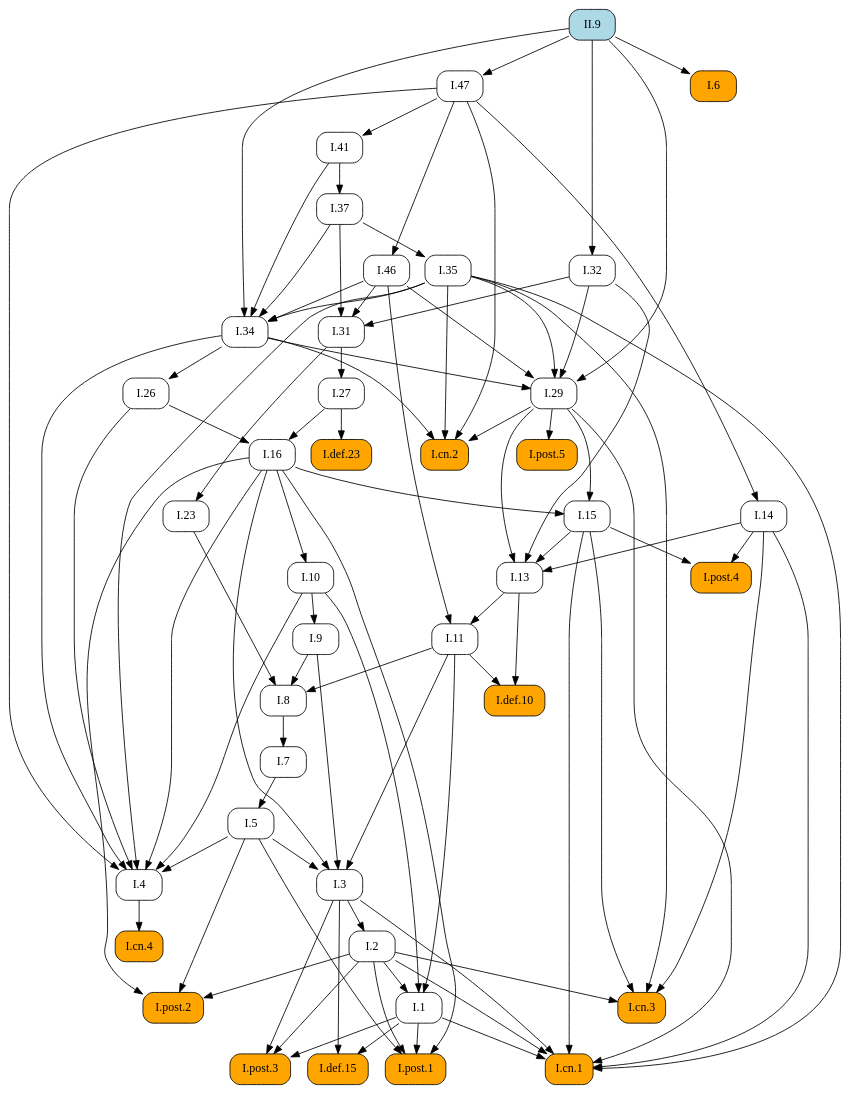
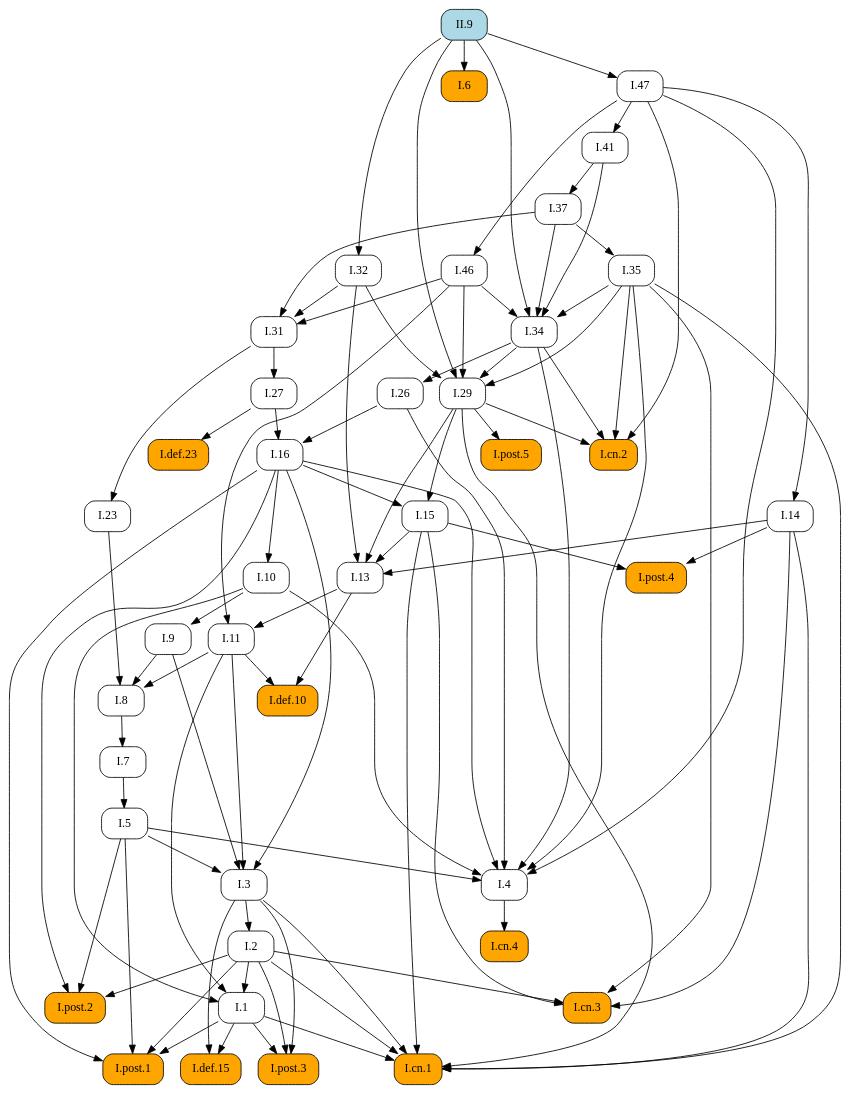
The diagram in docsrc/elements2/II/9/index.rst (geometor/elements), drawn with Graphviz before and after one commit. The commit also changed other lines of this file and 171 other files, not shown here.

```diff
--- a/docsrc/elements2/II/9/index.rst
+++ b/docsrc/elements2/II/9/index.rst
@@ -130,82 +130,117 @@
    digraph {
      rankdir="TB";
      node [shape=box, style=rounded];
-     "I.37" [URL="/elements2/I/37/", target="_top"];
-     "I.def.10" [style="rounded,filled", fillcolor=orange, URL="/elements2/I/def.10/", target="_top"];
+     "I.8" [URL="/elements2/I/8/", target="_top"];
      "I.32" [URL="/elements2/I/32/", target="_top"];
      "I.46" [URL="/elements2/I/46/", target="_top"];
      "I.47" [URL="/elements2/I/47/", target="_top"];
+     "I.14" [URL="/elements2/I/14/", target="_top"];
+     "I.post.1" [style="rounded,filled", fillcolor=orange, URL="/elements2/I/post.1/", target="_top"];
+     "I.5" [URL="/elements2/I/5/", target="_top"];
+     "I.post.5" [style="rounded,filled", fillcolor=orange, URL="/elements2/I/post.5/", target="_top"];
+     "I.def.10" [style="rounded,filled", fillcolor=orange, URL="/elements2/I/def.10/", target="_top"];
+     "I.cn.2" [style="rounded,filled", fillcolor=orange, URL="/elements2/I/cn.2/", target="_top"];
+     "I.def.15" [style="rounded,filled", fillcolor=orange, URL="/elements2/I/def.15/", target="_top"];
+     "I.31" [URL="/elements2/I/31/", target="_top"];
+     "I.11" [URL="/elements2/I/11/", target="_top"];
+     "I.3" [URL="/elements2/I/3/", target="_top"];
+     "I.def.23" [style="rounded,filled", fillcolor=orange, URL="/elements2/I/def.23/", target="_top"];
+     "I.post.2" [style="rounded,filled", fillcolor=orange, URL="/elements2/I/post.2/", target="_top"];
+     "I.6" [style="rounded,filled", fillcolor=orange, URL="/elements2/I/6/", target="_top"];
+     "I.26" [URL="/elements2/I/26/", target="_top"];
+     "I.cn.3" [style="rounded,filled", fillcolor=orange, URL="/elements2/I/cn.3/", target="_top"];
+     "I.cn.4" [style="rounded,filled", fillcolor=orange, URL="/elements2/I/cn.4/", target="_top"];
+     "I.1" [URL="/elements2/I/1/", target="_top"];
+     "I.7" [URL="/elements2/I/7/", target="_top"];
+     "I.9" [URL="/elements2/I/9/", target="_top"];
+     "II.9" [style="rounded,filled", fillcolor=lightblue, URL="/elements2/II/9/", target="_top"];
+     "I.cn.1" [style="rounded,filled", fillcolor=orange, URL="/elements2/I/cn.1/", target="_top"];
+     "I.29" [URL="/elements2/I/29/", target="_top"];
+     "I.post.4" [style="rounded,filled", fillcolor=orange, URL="/elements2/I/post.4/", target="_top"];
+     "I.16" [URL="/elements2/I/16/", target="_top"];
+     "I.13" [URL="/elements2/I/13/", target="_top"];
+     "I.41" [URL="/elements2/I/41/", target="_top"];
+     "I.35" [URL="/elements2/I/35/", target="_top"];
+     "I.2" [URL="/elements2/I/2/", target="_top"];
+     "I.27" [URL="/elements2/I/27/", target="_top"];
+     "I.37" [URL="/elements2/I/37/", target="_top"];
+     "I.4" [URL="/elements2/I/4/", target="_top"];
+     "I.10" [URL="/elements2/I/10/", target="_top"];
+     "I.15" [URL="/elements2/I/15/", target="_top"];
      "I.34" [URL="/elements2/I/34/", target="_top"];
-     "I.cn.4" [style="rounded,filled", fillcolor=orange, URL="/elements2/I/cn.4/", target="_top"];
-     "I.def.15" [style="rounded,filled", fillcolor=orange, URL="/elements2/I/def.15/", target="_top"];
+     "I.23" [URL="/elements2/I/23/", target="_top"];
      "I.post.3" [style="rounded,filled", fillcolor=orange, URL="/elements2/I/post.3/", target="_top"];
-     "I.41" [URL="/elements2/I/41/", target="_top"];
-     "I.27" [URL="/elements2/I/27/", target="_top"];
-     "I.post.2" [style="rounded,filled", fillcolor=orange, URL="/elements2/I/post.2/", target="_top"];
-     "I.13" [URL="/elements2/I/13/", target="_top"];
-     "I.10" [URL="/elements2/I/10/", target="_top"];
-     "I.post.1" [style="rounded,filled", fillcolor=orange, URL="/elements2/I/post.1/", target="_top"];
-     "I.7" [URL="/elements2/I/7/", target="_top"];
-     "I.6" [style="rounded,filled", fillcolor=orange, URL="/elements2/I/6/", target="_top"];
-     "I.14" [URL="/elements2/I/14/", target="_top"];
-     "I.11" [URL="/elements2/I/11/", target="_top"];
-     "II.9" [style="rounded,filled", fillcolor=lightblue, URL="/elements2/II/9/", target="_top"];
-     "I.4" [URL="/elements2/I/4/", target="_top"];
-     "I.16" [URL="/elements2/I/16/", target="_top"];
-     "I.def.23" [style="rounded,filled", fillcolor=orange, URL="/elements2/I/def.23/", target="_top"];
-     "I.9" [URL="/elements2/I/9/", target="_top"];
-     "I.8" [URL="/elements2/I/8/", target="_top"];
-     "I.cn.2" [style="rounded,filled", fillcolor=orange, URL="/elements2/I/cn.2/", target="_top"];
-     "I.15" [URL="/elements2/I/15/", target="_top"];
-     "I.post.5" [style="rounded,filled", fillcolor=orange, URL="/elements2/I/post.5/", target="_top"];
-     "I.26" [URL="/elements2/I/26/", target="_top"];
-     "I.23" [URL="/elements2/I/23/", target="_top"];
-     "I.2" [URL="/elements2/I/2/", target="_top"];
-     "I.1" [URL="/elements2/I/1/", target="_top"];
-     "I.35" [URL="/elements2/I/35/", target="_top"];
-     "I.31" [URL="/elements2/I/31/", target="_top"];
-     "I.post.4" [style="rounded,filled", fillcolor=orange, URL="/elements2/I/post.4/", target="_top"];
-     "I.cn.1" [style="rounded,filled", fillcolor=orange, URL="/elements2/I/cn.1/", target="_top"];
-     "I.3" [URL="/elements2/I/3/", target="_top"];
-     "I.cn.3" [style="rounded,filled", fillcolor=orange, URL="/elements2/I/cn.3/", target="_top"];
-     "I.29" [URL="/elements2/I/29/", target="_top"];
-     "I.5" [URL="/elements2/I/5/", target="_top"];
-     "I.41" -> "I.37";
-     "I.11" -> "I.def.10";
-     "I.13" -> "I.def.10";
+     "I.9" -> "I.8";
+     "I.11" -> "I.8";
+     "I.23" -> "I.8";
      "II.9" -> "I.32";
      "I.47" -> "I.46";
      "II.9" -> "I.47";
-     "I.35" -> "I.34";
-     "I.37" -> "I.34";
-     "I.41" -> "I.34";
-     "I.46" -> "I.34";
-     "II.9" -> "I.34";
-     "I.4" -> "I.cn.4";
+     "I.47" -> "I.14";
+     "I.1" -> "I.post.1";
+     "I.2" -> "I.post.1";
+     "I.5" -> "I.post.1";
+     "I.16" -> "I.post.1";
+     "I.7" -> "I.5";
+     "I.29" -> "I.post.5";
+     "I.11" -> "I.def.10";
+     "I.13" -> "I.def.10";
+     "I.29" -> "I.cn.2";
+     "I.34" -> "I.cn.2";
+     "I.35" -> "I.cn.2";
+     "I.47" -> "I.cn.2";
      "I.1" -> "I.def.15";
      "I.3" -> "I.def.15";
-     "I.1" -> "I.post.3";
-     "I.2" -> "I.post.3";
-     "I.3" -> "I.post.3";
-     "I.47" -> "I.41";
-     "I.31" -> "I.27";
+     "I.32" -> "I.31";
+     "I.37" -> "I.31";
+     "I.46" -> "I.31";
+     "I.13" -> "I.11";
+     "I.46" -> "I.11";
+     "I.5" -> "I.3";
+     "I.9" -> "I.3";
+     "I.11" -> "I.3";
+     "I.16" -> "I.3";
+     "I.27" -> "I.def.23";
      "I.2" -> "I.post.2";
      "I.5" -> "I.post.2";
      "I.16" -> "I.post.2";
+     "II.9" -> "I.6";
+     "I.34" -> "I.26";
+     "I.2" -> "I.cn.3";
+     "I.14" -> "I.cn.3";
+     "I.15" -> "I.cn.3";
+     "I.35" -> "I.cn.3";
+     "I.4" -> "I.cn.4";
+     "I.2" -> "I.1";
+     "I.10" -> "I.1";
+     "I.11" -> "I.1";
+     "I.8" -> "I.7";
+     "I.10" -> "I.9";
+     "I.1" -> "I.cn.1";
+     "I.2" -> "I.cn.1";
+     "I.3" -> "I.cn.1";
+     "I.14" -> "I.cn.1";
+     "I.15" -> "I.cn.1";
+     "I.29" -> "I.cn.1";
+     "I.35" -> "I.cn.1";
+     "I.32" -> "I.29";
+     "I.34" -> "I.29";
+     "I.35" -> "I.29";
+     "I.46" -> "I.29";
+     "II.9" -> "I.29";
+     "I.14" -> "I.post.4";
+     "I.15" -> "I.post.4";
+     "I.26" -> "I.16";
+     "I.27" -> "I.16";
      "I.14" -> "I.13";
      "I.15" -> "I.13";
      "I.29" -> "I.13";
      "I.32" -> "I.13";
-     "I.16" -> "I.10";
-     "I.1" -> "I.post.1";
-     "I.2" -> "I.post.1";
-     "I.5" -> "I.post.1";
-     "I.16" -> "I.post.1";
-     "I.8" -> "I.7";
-     "II.9" -> "I.6";
-     "I.47" -> "I.14";
-     "I.13" -> "I.11";
-     "I.46" -> "I.11";
+     "I.47" -> "I.41";
+     "I.37" -> "I.35";
+     "I.3" -> "I.2";
+     "I.31" -> "I.27";
+     "I.41" -> "I.37";
      "I.5" -> "I.4";
      "I.10" -> "I.4";
      "I.16" -> "I.4";
@@ -213,51 +248,16 @@
      "I.34" -> "I.4";
      "I.35" -> "I.4";
      "I.47" -> "I.4";
-     "I.26" -> "I.16";
-     "I.27" -> "I.16";
-     "I.27" -> "I.def.23";
-     "I.10" -> "I.9";
-     "I.9" -> "I.8";
-     "I.11" -> "I.8";
-     "I.23" -> "I.8";
-     "I.29" -> "I.cn.2";
-     "I.34" -> "I.cn.2";
-     "I.35" -> "I.cn.2";
-     "I.47" -> "I.cn.2";
+     "I.16" -> "I.10";
      "I.16" -> "I.15";
      "I.29" -> "I.15";
-     "I.29" -> "I.post.5";
-     "I.34" -> "I.26";
+     "I.35" -> "I.34";
+     "I.37" -> "I.34";
+     "I.41" -> "I.34";
+     "I.46" -> "I.34";
+     "II.9" -> "I.34";
      "I.31" -> "I.23";
-     "I.3" -> "I.2";
-     "I.2" -> "I.1";
-     "I.10" -> "I.1";
-     "I.11" -> "I.1";
-     "I.37" -> "I.35";
-     "I.32" -> "I.31";
-     "I.37" -> "I.31";
-     "I.46" -> "I.31";
-     "I.14" -> "I.post.4";
-     "I.15" -> "I.post.4";
-     "I.1" -> "I.cn.1";
-     "I.2" -> "I.cn.1";
-     "I.3" -> "I.cn.1";
-     "I.14" -> "I.cn.1";
-     "I.15" -> "I.cn.1";
-     "I.29" -> "I.cn.1";
-     "I.35" -> "I.cn.1";
-     "I.5" -> "I.3";
-     "I.9" -> "I.3";
-     "I.11" -> "I.3";
-     "I.16" -> "I.3";
-     "I.2" -> "I.cn.3";
-     "I.14" -> "I.cn.3";
-     "I.15" -> "I.cn.3";
-     "I.35" -> "I.cn.3";
-     "I.32" -> "I.29";
-     "I.34" -> "I.29";
-     "I.35" -> "I.29";
-     "I.46" -> "I.29";
-     "II.9" -> "I.29";
-     "I.7" -> "I.5";
+     "I.1" -> "I.post.3";
+     "I.2" -> "I.post.3";
+     "I.3" -> "I.post.3";
    }
```
